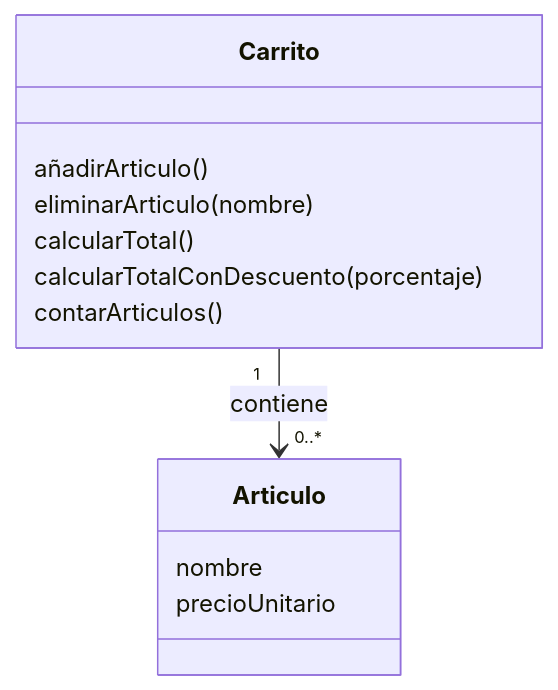
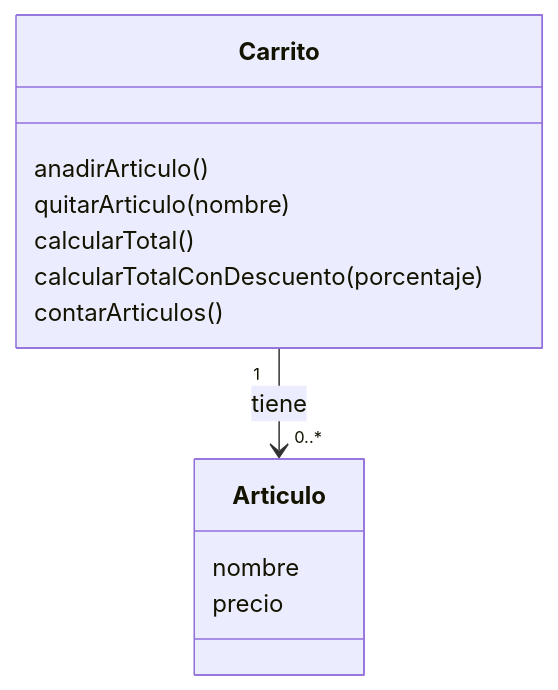
One commit to raulmoder2000-droid/CD_Tema2_Ejercicios changed the second of 3 diagrams in 0102.md. Above: the diagram before and after it, drawn with Mermaid. The commit also changed other lines of this file, not shown here.

````diff
--- a/0102.md
+++ b/0102.md
@@ -63,15 +59,15 @@
 ```mermaid
 classDiagram
     class Carrito {
-        añadirArticulo()
-        eliminarArticulo(nombre)
+        anadirArticulo()
+        quitarArticulo(nombre)
         calcularTotal()
         calcularTotalConDescuento(porcentaje)
         contarArticulos()
     }
     class Articulo {
         nombre
-        precioUnitario
+        precio
     }
-    Carrito "1" --> "0..*" Articulo : contiene
+    Carrito "1" --> "0..*" Articulo : tiene
 ```
````
